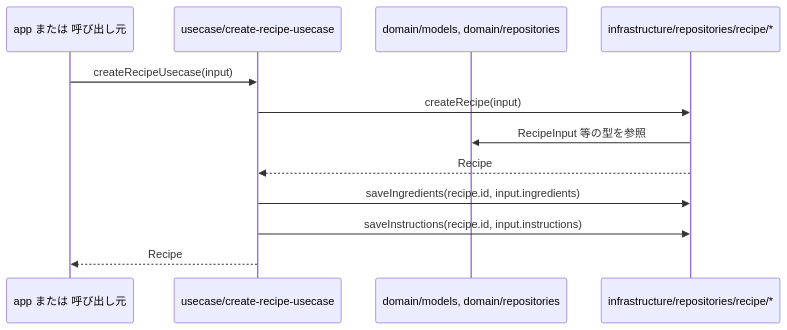
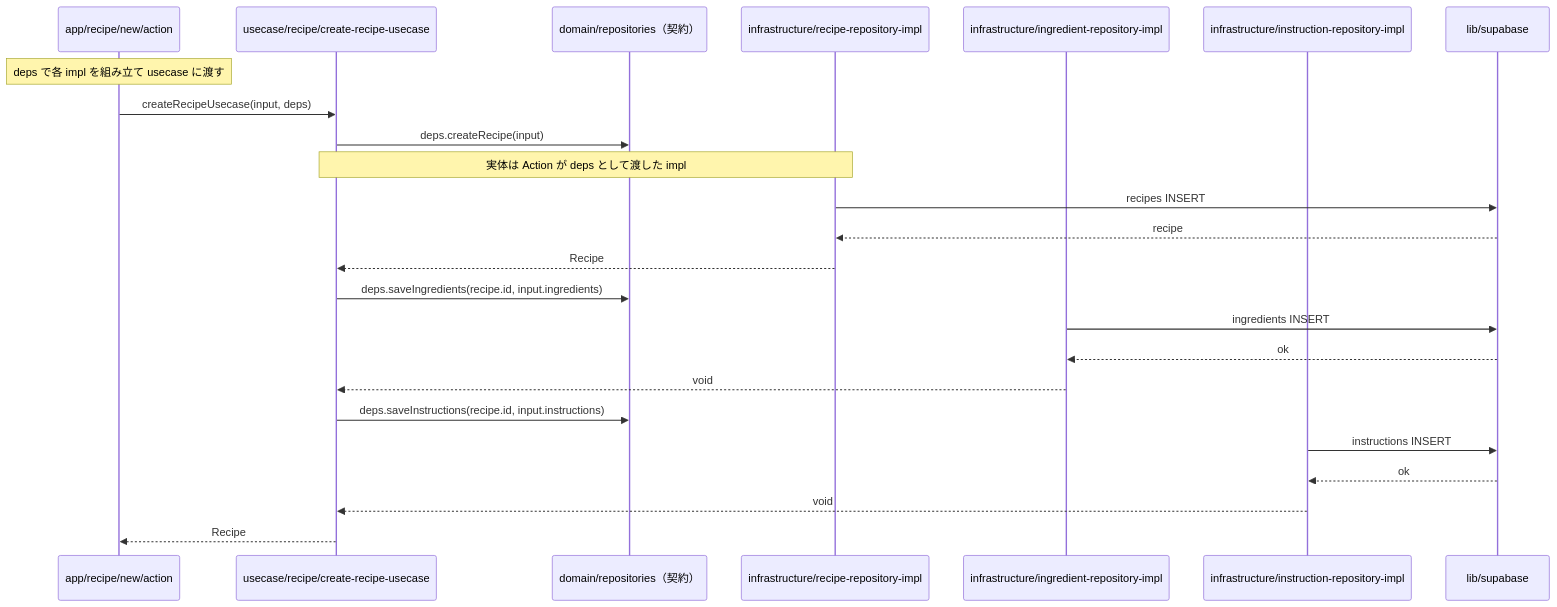
The third of 7 diagrams in docs/architect/clean-architecture-and-directory.md (Nii1214/cooking-recipe), drawn with Mermaid before and after one commit. The commit also changed other lines of this file and 2 other files, not shown here.

````diff
--- a/docs/architect/clean-architecture-and-directory.md
+++ b/docs/architect/clean-architecture-and-directory.md
@@ -173,15 +169,27 @@
 ```mermaid
 sequenceDiagram
-    participant Caller as app または 呼び出し元
-    participant UseCase as usecase/create-recipe-usecase
-    participant DomainTypes as domain/models, domain/repositories
-    participant Infra as infrastructure/repositories/recipe/*
+    participant Action as app/recipe/new/action
+    participant UseCase as usecase/recipe/create-recipe-usecase
+    participant RepoInterface as domain/repositories（契約）
+    participant RecipeImpl as infrastructure/recipe-repository-impl
+    participant IngredientImpl as infrastructure/ingredient-repository-impl
+    participant InstructionImpl as infrastructure/instruction-repository-impl
+    participant DB as lib/supabase
 
-    Caller->>UseCase: createRecipeUsecase(input)
-    UseCase->>Infra: createRecipe(input)
-    Infra->>DomainTypes: RecipeInput 等の型を参照
-    Infra-->>UseCase: Recipe
-    UseCase->>Infra: saveIngredients(recipe.id, input.ingredients)
-    UseCase->>Infra: saveInstructions(recipe.id, input.instructions)
-    UseCase-->>Caller: Recipe
+    Note over Action: deps で各 impl を組み立て usecase に渡す
+    Action->>UseCase: createRecipeUsecase(input, deps)
+    UseCase->>RepoInterface: deps.createRecipe(input)
+    Note over UseCase,RecipeImpl: 実体は Action が deps として渡した impl
+    RecipeImpl->>DB: recipes INSERT
+    DB-->>RecipeImpl: recipe
+    RecipeImpl-->>UseCase: Recipe
+    UseCase->>RepoInterface: deps.saveIngredients(recipe.id, input.ingredients)
+    IngredientImpl->>DB: ingredients INSERT
+    DB-->>IngredientImpl: ok
+    IngredientImpl-->>UseCase: void
+    UseCase->>RepoInterface: deps.saveInstructions(recipe.id, input.instructions)
+    InstructionImpl->>DB: instructions INSERT
+    DB-->>InstructionImpl: ok
+    InstructionImpl-->>UseCase: void
+    UseCase-->>Action: Recipe
 ```
````
